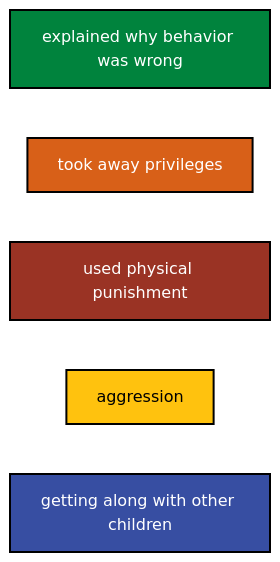
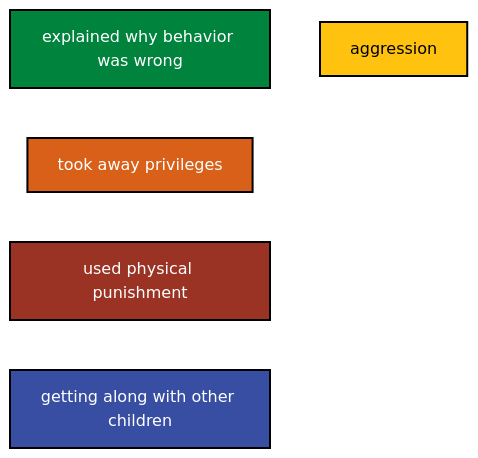
Before and after one commit to agrogan1/closeread: the diagram in global-perspectives/diagram.md, drawn with Mermaid.

````diff
--- a/global-perspectives/diagram.md
+++ b/global-perspectives/diagram.md
@@ -1,24 +1,26 @@
   ```mermaid
 flowchart LR
 
   classDef yellow fill:#FFC20E,stroke:#000000,stroke-width:2px,color:#000000;
   
   classDef blue fill:#374EA2,stroke:#000000,stroke-width:2px,color:#FFFFFF;
   
   classDef green fill:#00833D,stroke:#000000,stroke-width:2px,color:#FFFFFF;
   
   classDef orange fill:#D86018,stroke:#000000,stroke-width:2px,color:#FFFFFF;
   
   classDef red fill:#9A3324,stroke:#000000,stroke-width:2px,color:#FFFFFF;
 
   explained[explained why behavior was wrong]:::green
 
   privileges[took away privileges]:::orange
   
   CP[used physical punishment]:::red
 
   aggression:::yellow
 
   gettingalong[getting along with other children]:::blue
+
+  explained ~~~ aggression
   
 ```
````
